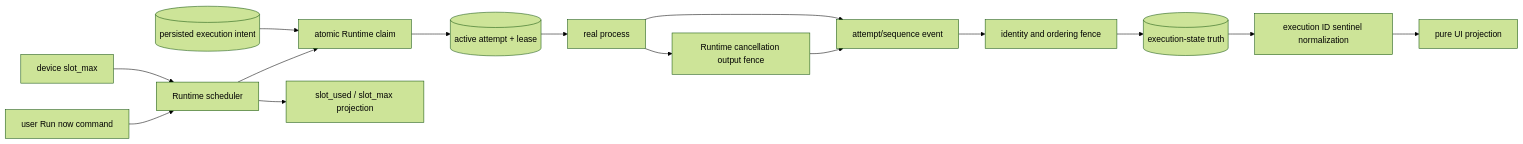
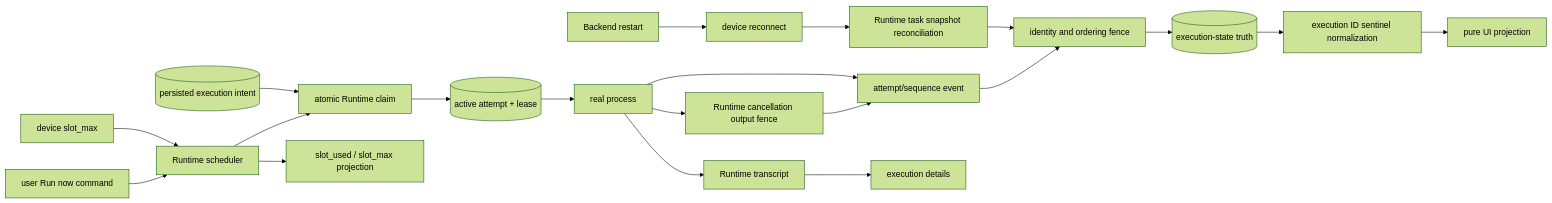
One commit to wecode-ai/Wegent changed the first of 2 diagrams in docs/en/architecture/project-execution-state.md. Above: the diagram before and after it, drawn with Mermaid (forest theme). The commit also changed other lines of this file and 36 other files, not shown here.

````diff
--- a/docs/en/architecture/project-execution-state.md
+++ b/docs/en/architecture/project-execution-state.md
@@ -9,18 +9,23 @@
 ```mermaid
 flowchart LR
     INTENT[(persisted execution intent)] --> CLAIM[atomic Runtime claim]
     CLAIM --> ACTIVE[(active attempt + lease)]
     ACTIVE --> PROCESS[real process]
     PROCESS --> EVENT[attempt/sequence event]
+    RESTART[Backend restart] --> RECONNECT[device reconnect]
+    RECONNECT --> SNAPSHOT[Runtime task snapshot reconciliation]
+    SNAPSHOT --> FENCE
     CANCEL_FENCE[Runtime cancellation output fence] --> EVENT
     PROCESS --> CANCEL_FENCE
     EVENT --> FENCE[identity and ordering fence]
     FENCE --> TRUTH[(execution-state truth)]
     TRUTH --> NORMALIZE[execution ID sentinel normalization]
     NORMALIZE --> VIEW
     VIEW[pure UI projection]
     SETTINGS[device slot_max] --> SCHEDULER[Runtime scheduler]
     RUN_NOW[user Run now command] --> SCHEDULER
     SCHEDULER --> CLAIM
     SCHEDULER --> CAPACITY[slot_used / slot_max projection]
+    PROCESS --> TRANSCRIPT[Runtime transcript]
+    TRANSCRIPT --> DETAIL[execution details]
 ```
````
